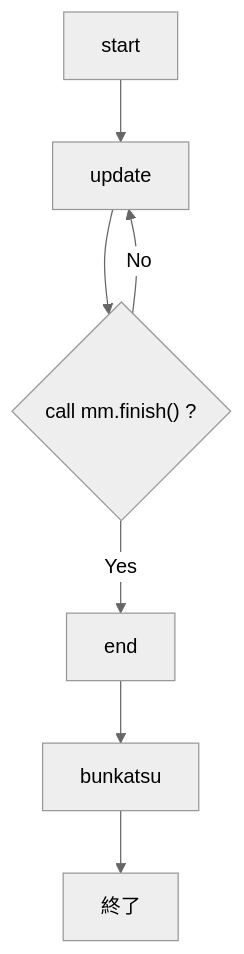
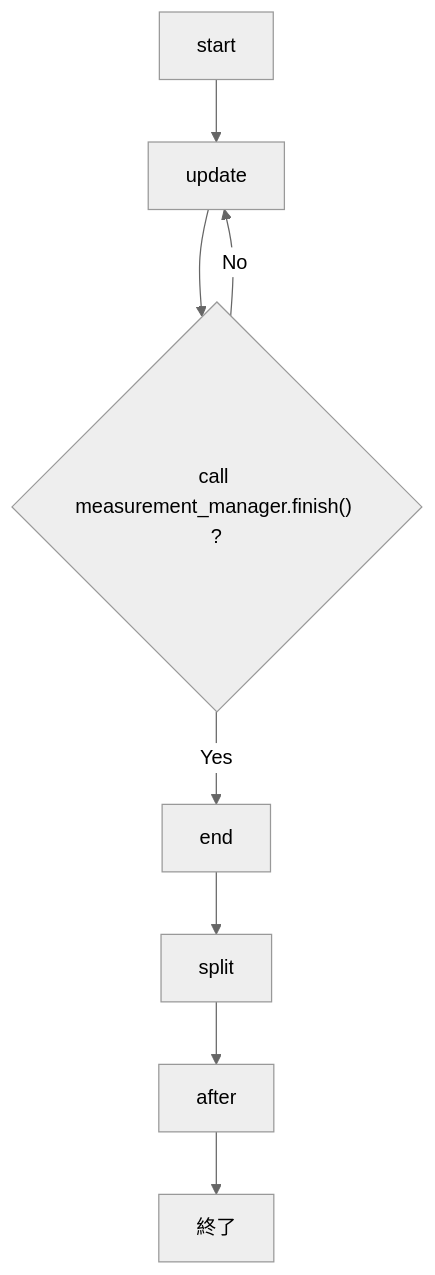
One commit to NUY-Lab/SSR changed the diagram in README.md. Above: the diagram before and after it, drawn with Mermaid (neutral theme). The commit also changed other lines of this file and 7 other files, not shown here.

````diff
--- a/README.md
+++ b/README.md
@@ -56,9 +58,10 @@
 ```mermaid
 flowchart TB
   A["start"] --> B[update]
-  B --> C{"call mm.finish() ?"}
+  B --> C{"call measurement_manager.finish() ?"}
   C -->|Yes| D[end]
   C -->|No| B
-  D --> E[bunkatsu]
-  E --> F[終了]
+  D --> E[split]
+  E --> F[after]
+  F --> G[終了]
 ```
````
